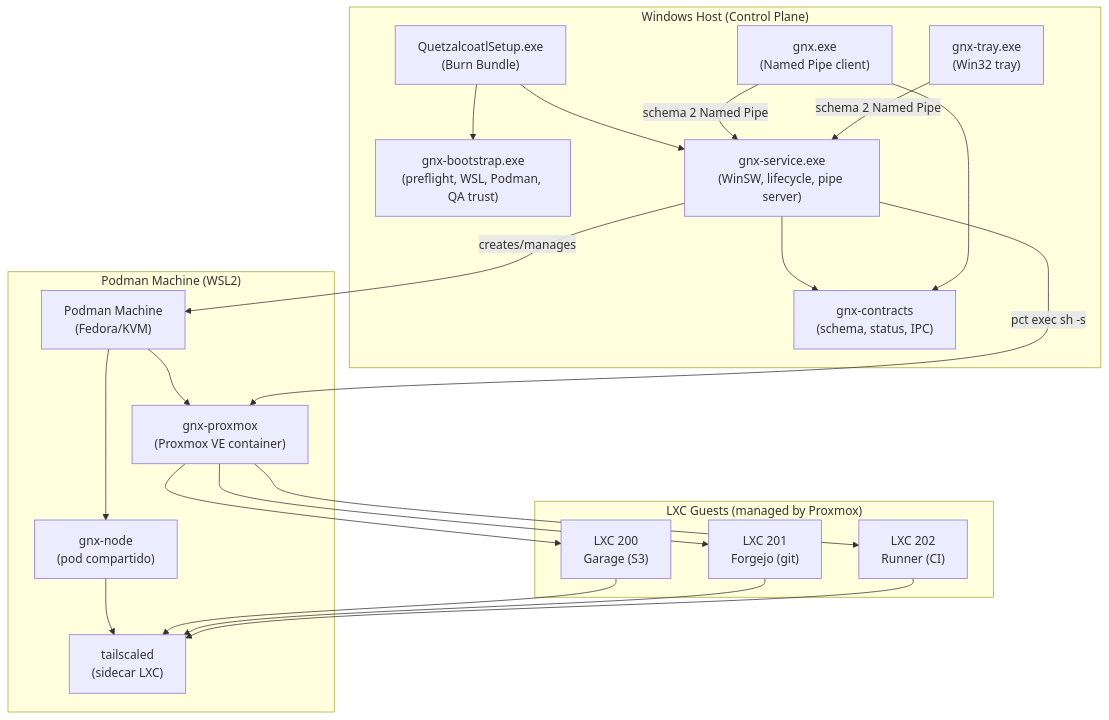
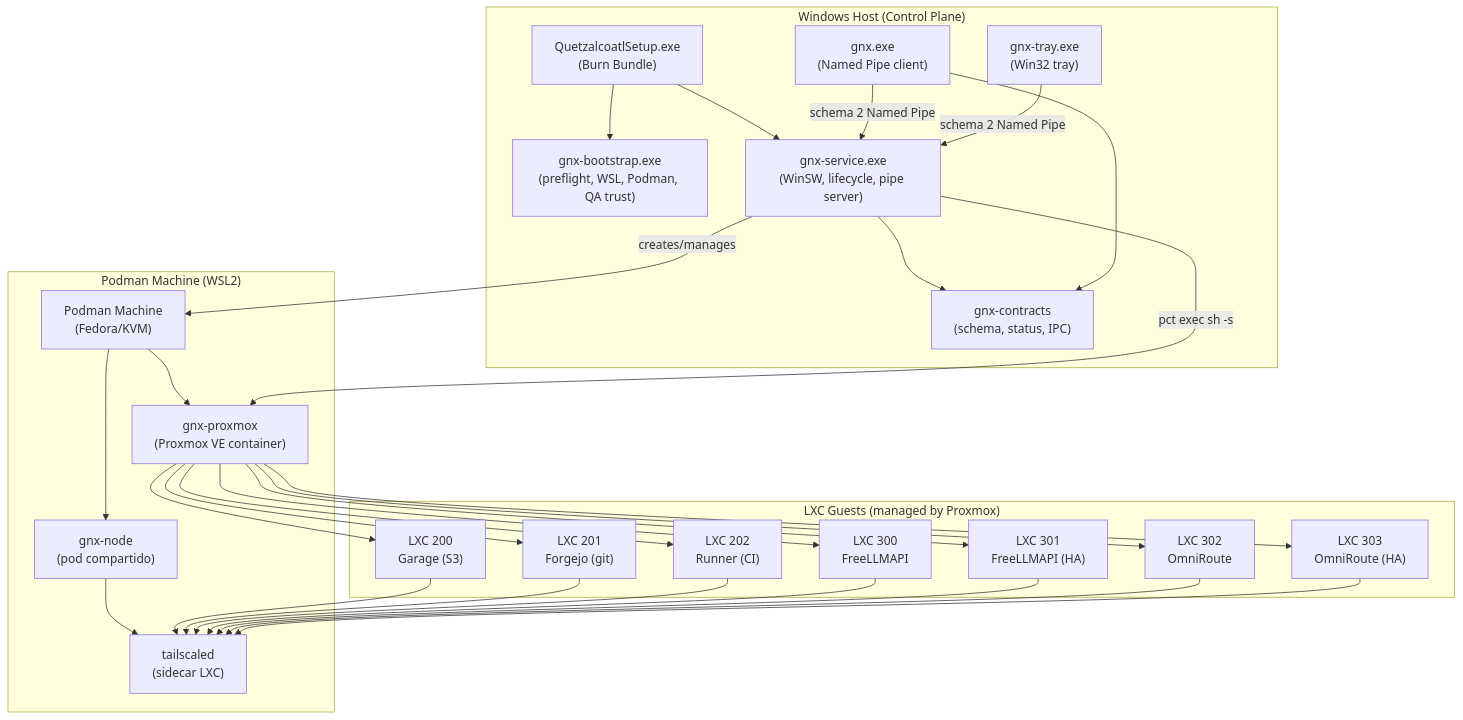
Before and after one commit to mayas-alas/quetzalcoatl: the first of 5 diagrams in docs/ARCHITECTURE.md, drawn with Mermaid. The commit also changed other lines of this file and 5 other files, not shown here.

Commit message:
docs: agent workflow guide, workstream-claim template, architecture resolution

````diff
--- a/docs/ARCHITECTURE.md
+++ b/docs/ARCHITECTURE.md
@@ -136,46 +114,58 @@
 ```mermaid
 graph TB
     subgraph "Windows Host (Control Plane)"
         Setup["QuetzalcoatlSetup.exe<br/>(Burn Bundle)"]
         Bootstrap["gnx-bootstrap.exe<br/>(preflight, WSL, Podman, QA trust)"]
         Service["gnx-service.exe<br/>(WinSW, lifecycle, pipe server)"]
         CLI["gnx.exe<br/>(Named Pipe client)"]
         Tray["gnx-tray.exe<br/>(Win32 tray)"]
         Contracts["gnx-contracts<br/>(schema, status, IPC)"]
 
         Setup --> Bootstrap
         Setup --> Service
         CLI -->|schema 2 Named Pipe| Service
         Tray -->|schema 2 Named Pipe| Service
         Service --> Contracts
         CLI --> Contracts
     end
 
     subgraph "Podman Machine (WSL2)"
         PM["Podman Machine<br/>(Fedora/KVM)"]
         Proxmox["gnx-proxmox<br/>(Proxmox VE container)"]
         NodePod["gnx-node<br/>(pod compartido)"]
         Tailscale["tailscaled<br/>(sidecar LXC)"]
 
         PM --> Proxmox
         PM --> NodePod
         NodePod --> Tailscale
     end
 
     Service -->|creates/manages| PM
     Service -->|pct exec sh -s| Proxmox
 
     subgraph "LXC Guests (managed by Proxmox)"
         LXC200["LXC 200<br/>Garage (S3)"]
         LXC201["LXC 201<br/>Forgejo (git)"]
         LXC202["LXC 202<br/>Runner (CI)"]
+        LXC300["LXC 300<br/>FreeLLMAPI"]
+        LXC301["LXC 301<br/>FreeLLMAPI (HA)"]
+        LXC302["LXC 302<br/>OmniRoute"]
+        LXC303["LXC 303<br/>OmniRoute (HA)"]
     end
 
     Proxmox --> LXC200
     Proxmox --> LXC201
     Proxmox --> LXC202
+    Proxmox --> LXC300
+    Proxmox --> LXC301
+    Proxmox --> LXC302
+    Proxmox --> LXC303
 
     LXC200 --> Tailscale
     LXC201 --> Tailscale
     LXC202 --> Tailscale
+    LXC300 --> Tailscale
+    LXC301 --> Tailscale
+    LXC302 --> Tailscale
+    LXC303 --> Tailscale
 ```
````
